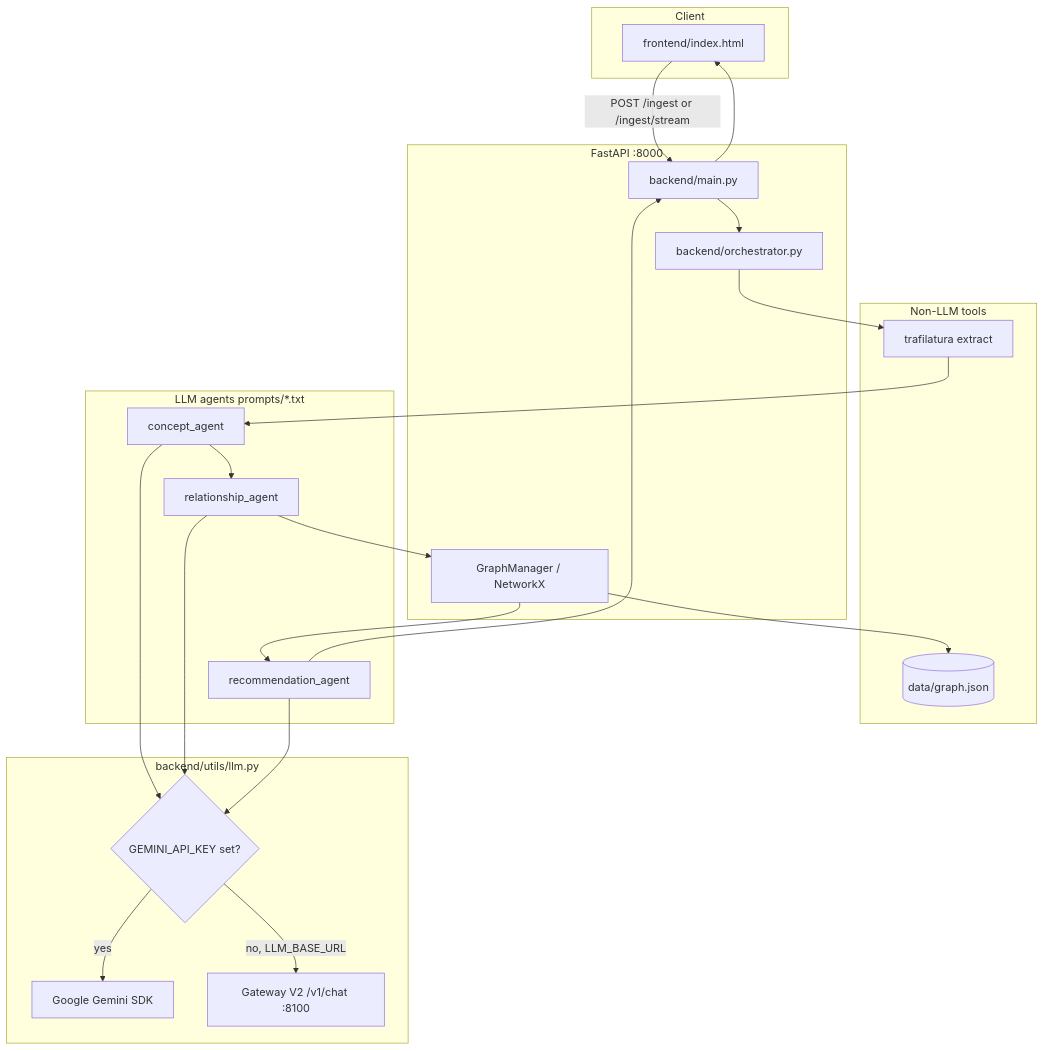
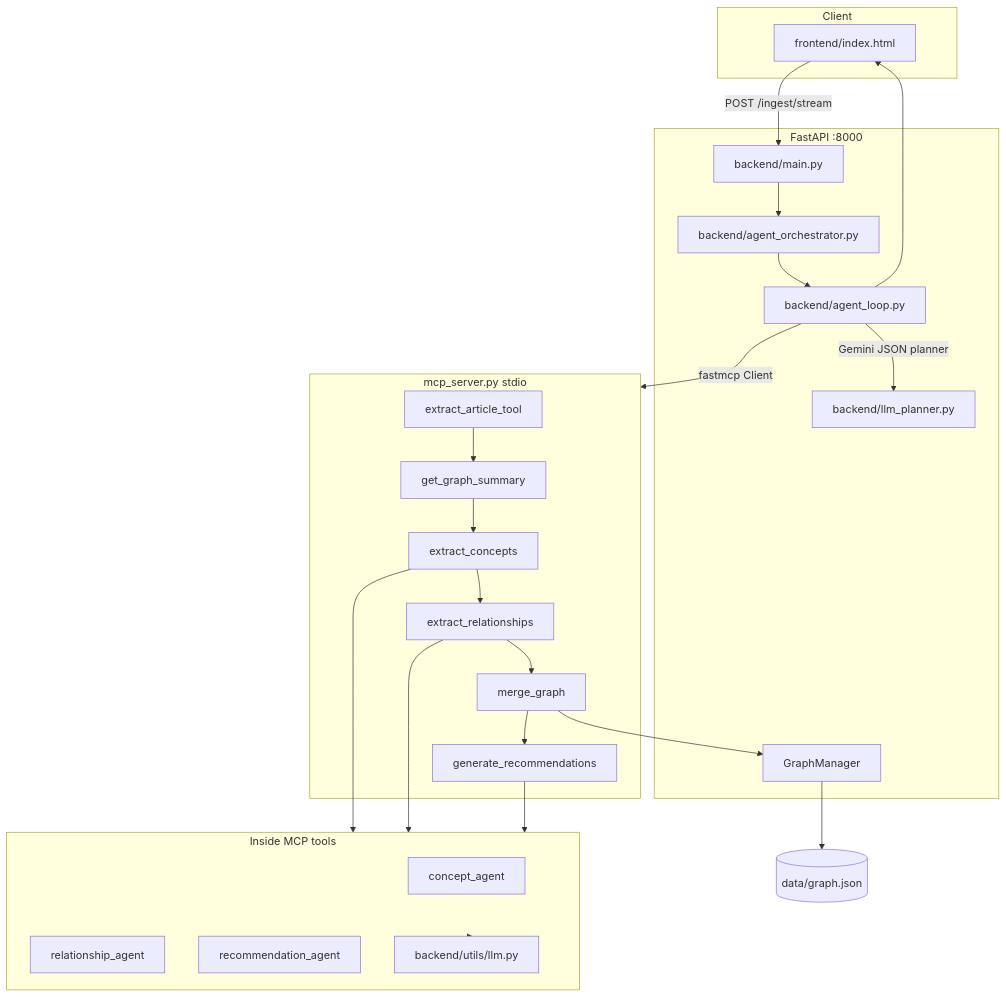
The diagram in README.md (varunsood189/system-design-knowledge-graph), drawn with Mermaid before and after one commit. The commit also changed other lines of this file and 25 other files, not shown here.

First line of the commit message:
Implement LLM orchestrator with Gemini integration and MCP tools

````diff
--- a/README.md
+++ b/README.md
@@ -9,41 +21,41 @@
 ```mermaid
 flowchart TB
     subgraph Client
         UI[frontend/index.html]
     end
 
     subgraph App["FastAPI :8000"]
         API[backend/main.py]
-        ORCH[backend/orchestrator.py]
-        GM[GraphManager / NetworkX]
+        LOOP[backend/agent_loop.py]
+        PLAN[backend/llm_planner.py]
+        SSE[backend/agent_orchestrator.py]
+        GM[GraphManager]
     end
 
-    subgraph Tools["Non-LLM tools"]
-        EXT[trafilatura extract]
-        JSON[(data/graph.json)]
+    subgraph MCP["mcp_server.py stdio"]
+        T1[extract_article_tool]
+        T2[get_graph_summary]
+        T3[extract_concepts]
+        T4[extract_relationships]
+        T5[merge_graph]
+        T6[generate_recommendations]
     end
 
-    subgraph Agents["LLM agents prompts/*.txt"]
+    subgraph InnerLLM["Inside MCP tools"]
         A1[concept_agent]
         A2[relationship_agent]
         A3[recommendation_agent]
+        LLM[backend/utils/llm.py]
     end
 
-    subgraph LLM["backend/utils/llm.py"]
-        ROUTE{GEMINI_API_KEY set?}
-        GEM[Google Gemini SDK]
-        GW[Gateway V2 /v1/chat :8100]
-    end
-
-    UI -->|POST /ingest or /ingest/stream| API
-    API --> ORCH
-    ORCH --> EXT
-    EXT --> A1 --> A2 --> GM
-    GM --> JSON
-    GM --> A3
-    A1 & A2 & A3 --> ROUTE
-    ROUTE -->|yes| GEM
-    ROUTE -->|no, LLM_BASE_URL| GW
-    A3 --> API
-    API --> UI
+    UI -->|POST /ingest/stream| API
+    API --> SSE --> LOOP
+    LOOP -->|Gemini JSON planner| PLAN
+    LOOP -->|fastmcp Client| MCP
+    T1 --> T2 --> T3 --> T4 --> T5 --> T6
+    T3 & T4 & T6 --> InnerLLM
+    InnerLLM --> LLM
+    T5 --> GM
+    GM --> JSON[(data/graph.json)]
+    LOOP --> UI
 ```
````
